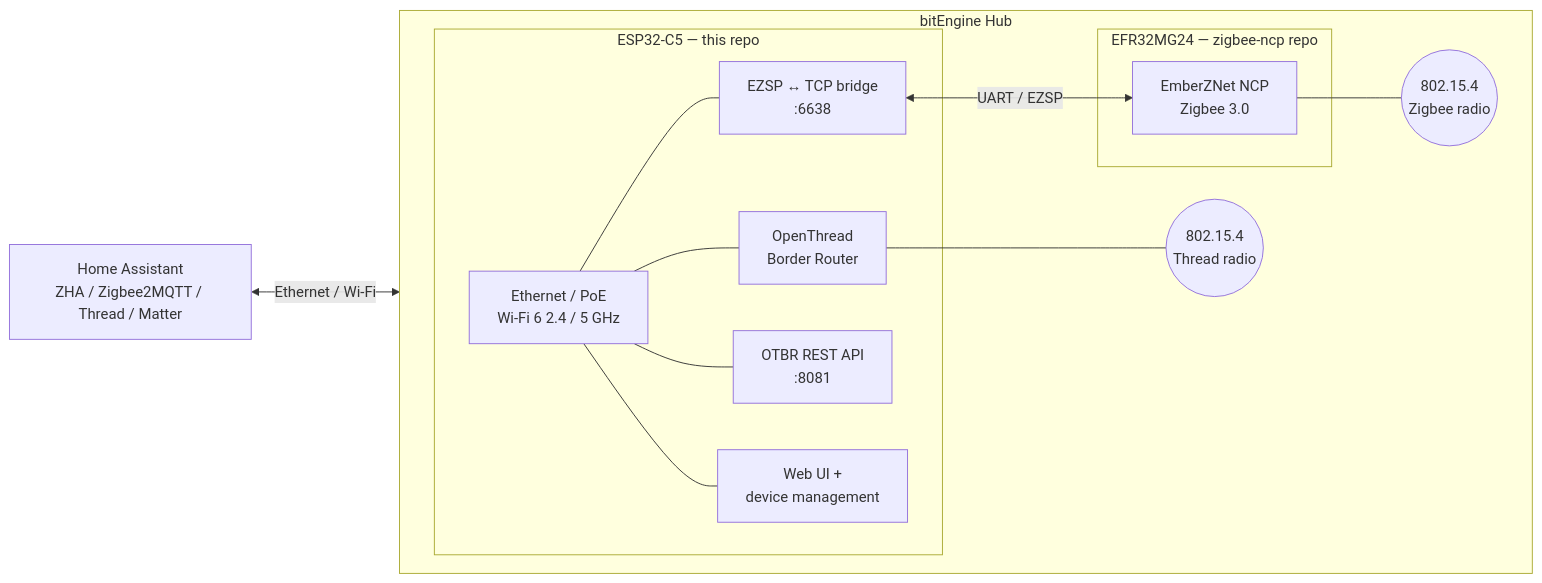
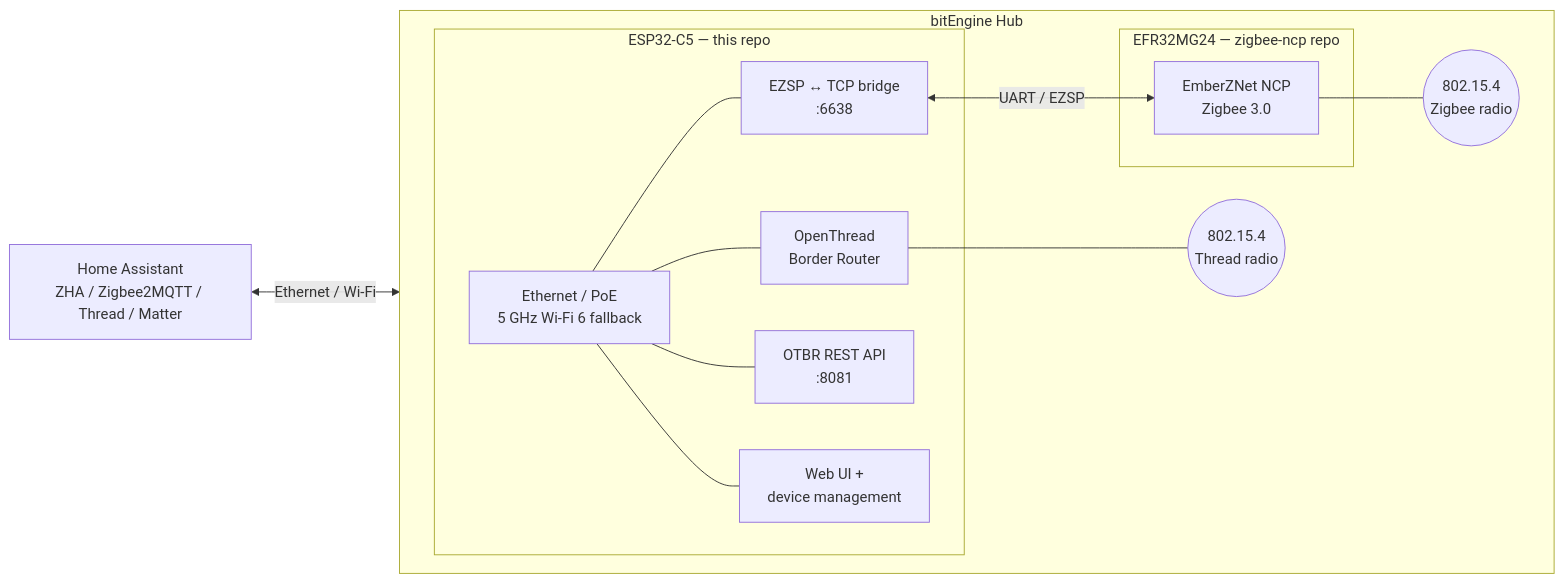
One commit to bitEngineTech/bitengine-hub-firmware changed the diagram in README.md. Above: the diagram before and after it, drawn with Mermaid. The commit also changed other lines of this file and 1 other file, not shown here.

Commit message:
Copyright bitEngine, Inc; 5 GHz uplink wording

````diff
--- a/README.md
+++ b/README.md
@@ -42,26 +42,26 @@
 ```mermaid
 flowchart LR
     HA[Home Assistant<br/>ZHA / Zigbee2MQTT / Thread / Matter]
 
     subgraph HUB[bitEngine Hub]
         direction LR
         subgraph C5[ESP32-C5 — this repo]
-            NET[Ethernet / PoE<br/>Wi-Fi 6 2.4 / 5 GHz]
+            NET[Ethernet / PoE<br/>5 GHz Wi-Fi 6 fallback]
             OTBR[OpenThread<br/>Border Router]
             EZSPB["EZSP ↔ TCP bridge<br/>:6638"]
             REST["OTBR REST API<br/>:8081"]
             WEB[Web UI +<br/>device management]
         end
         subgraph MG24[EFR32MG24 — zigbee-ncp repo]
             ZNET[EmberZNet NCP<br/>Zigbee 3.0]
         end
         RADIO_T((802.15.4<br/>Thread radio))
         RADIO_Z((802.15.4<br/>Zigbee radio))
     end
 
     HA <-- Ethernet / Wi-Fi --> NET
     NET --- OTBR & EZSPB & REST & WEB
     OTBR --- RADIO_T
     EZSPB <-- UART / EZSP --> ZNET
     ZNET --- RADIO_Z
 ```
````
